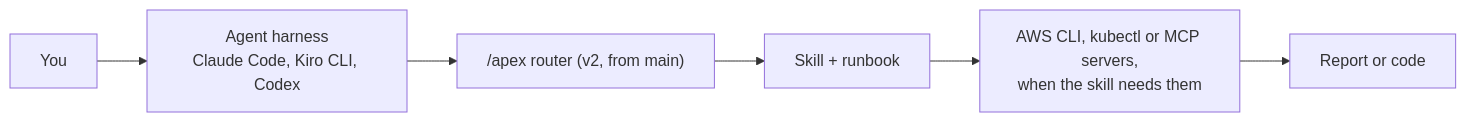
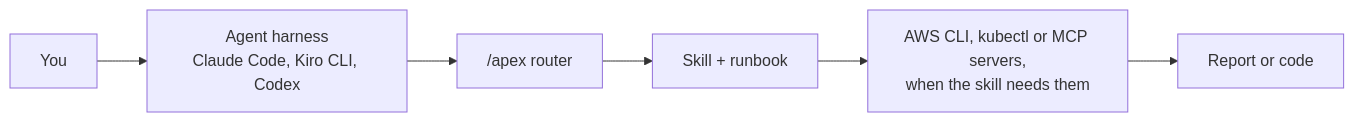
Before and after one commit to aws-samples/sample-apex-skills: the diagram in misc/readme-options/README-c-generated-only.md, drawn with Mermaid. The commit also changed other lines of this file and 4 other files, not shown here.

````diff
--- a/misc/readme-options/README-c-generated-only.md
+++ b/misc/readme-options/README-c-generated-only.md
@@ -75,8 +75,8 @@
 ```mermaid
 flowchart LR
   U[You] --> H[Agent harness<br/>Claude Code, Kiro CLI, Codex]
-  H --> R["/apex router (v2, from main)"]
+  H --> R["/apex router"]
   R --> S[Skill + runbook]
   S --> T["AWS CLI, kubectl or MCP servers,<br/>when the skill needs them"]
   T --> O[Report or code]
 ```
````
